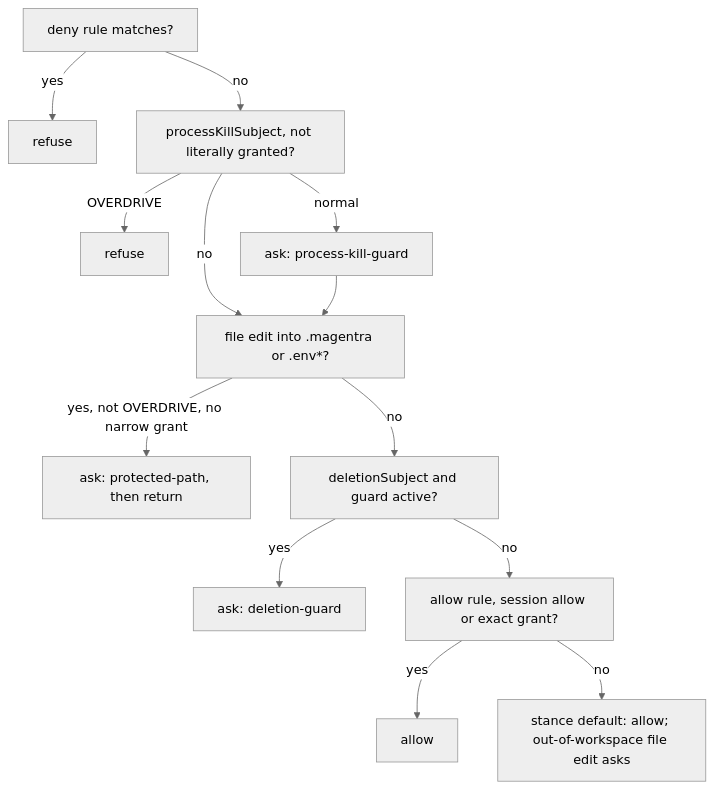
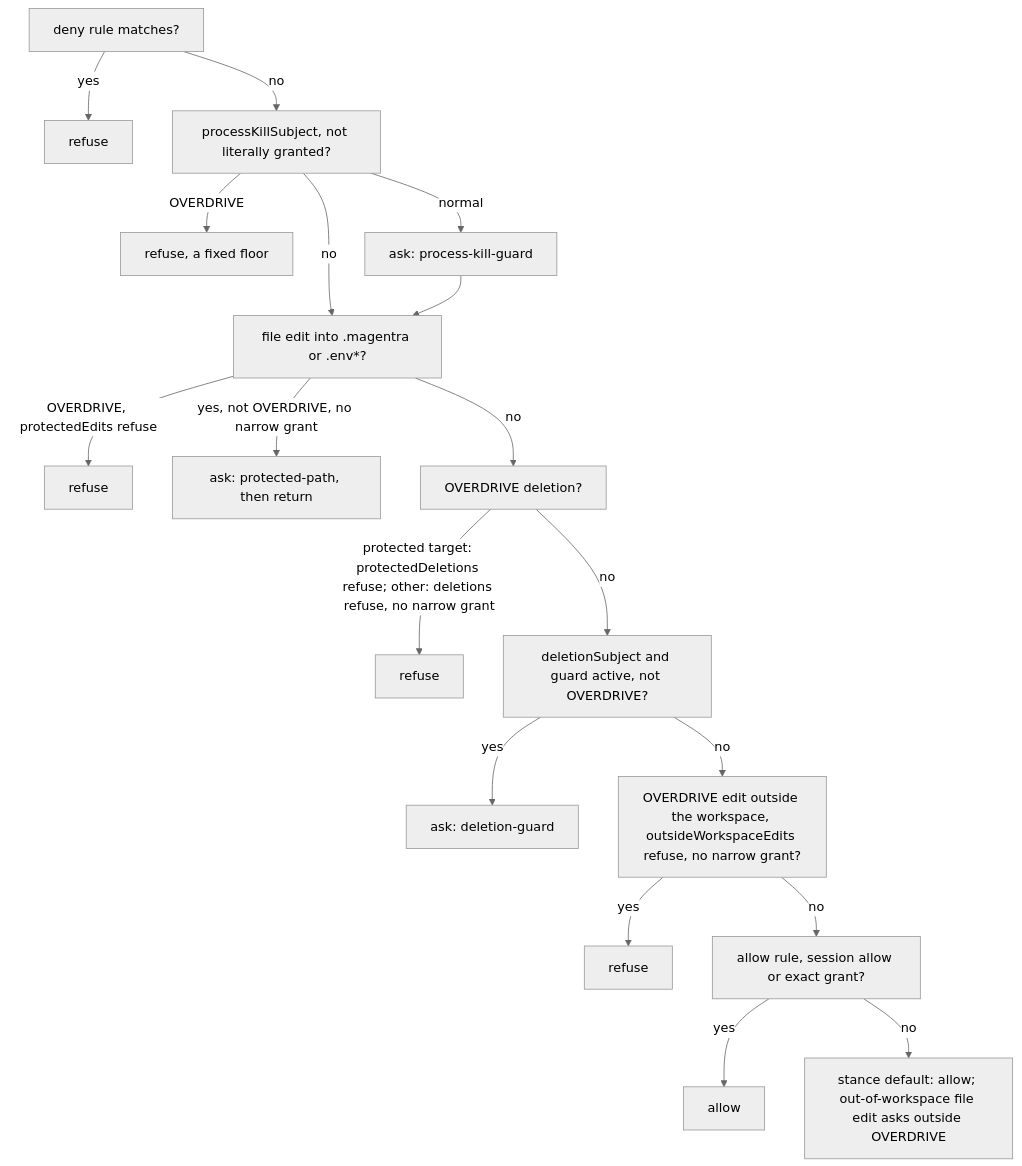
Before and after one commit to kalai-labs/MAGENTRA: the fifth of 12 diagrams in docs/big-picture/BIG-PICTURE.md, drawn with Mermaid (neutral theme). The commit also changed other lines of this file and 62 other files, not shown here.

````diff
--- a/docs/big-picture/BIG-PICTURE.md
+++ b/docs/big-picture/BIG-PICTURE.md
@@ -775,15 +788,20 @@
 ```mermaid
 flowchart TD
   A["deny rule matches?"] -->|yes| R1["refuse"]
   A -->|no| B["processKillSubject, not literally granted?"]
-  B -->|OVERDRIVE| R2["refuse"]
+  B -->|OVERDRIVE| R2["refuse, a fixed floor"]
   B -->|normal| B2["ask: process-kill-guard"]
   B -->|no| C
   B2 --> C["file edit into .magentra or .env*?"]
+  C -->|"OVERDRIVE, protectedEdits refuse"| R3["refuse"]
   C -->|"yes, not OVERDRIVE, no narrow grant"| C2["ask: protected-path, then return"]
-  C -->|no| D["deletionSubject and guard active?"]
+  C -->|no| D0["OVERDRIVE deletion?"]
+  D0 -->|"protected target: protectedDeletions refuse; other: deletions refuse, no narrow grant"| R4["refuse"]
+  D0 -->|no| D["deletionSubject and guard active, not OVERDRIVE?"]
   D -->|yes| D2["ask: deletion-guard"]
-  D -->|no| E["allow rule, session allow or exact grant?"]
+  D -->|no| G["OVERDRIVE edit outside the workspace, outsideWorkspaceEdits refuse, no narrow grant?"]
+  G -->|yes| R5["refuse"]
+  G -->|no| E["allow rule, session allow or exact grant?"]
   E -->|yes| OK["allow"]
-  E -->|no| F["stance default: allow; out-of-workspace file edit asks"]
+  E -->|no| F["stance default: allow; out-of-workspace file edit asks outside OVERDRIVE"]
 ```
````
